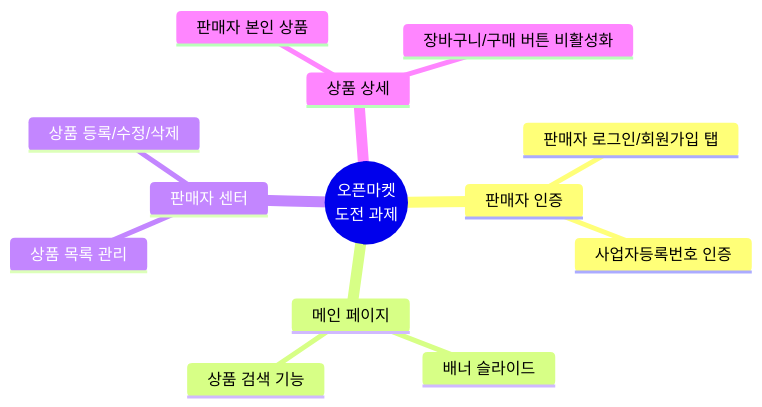
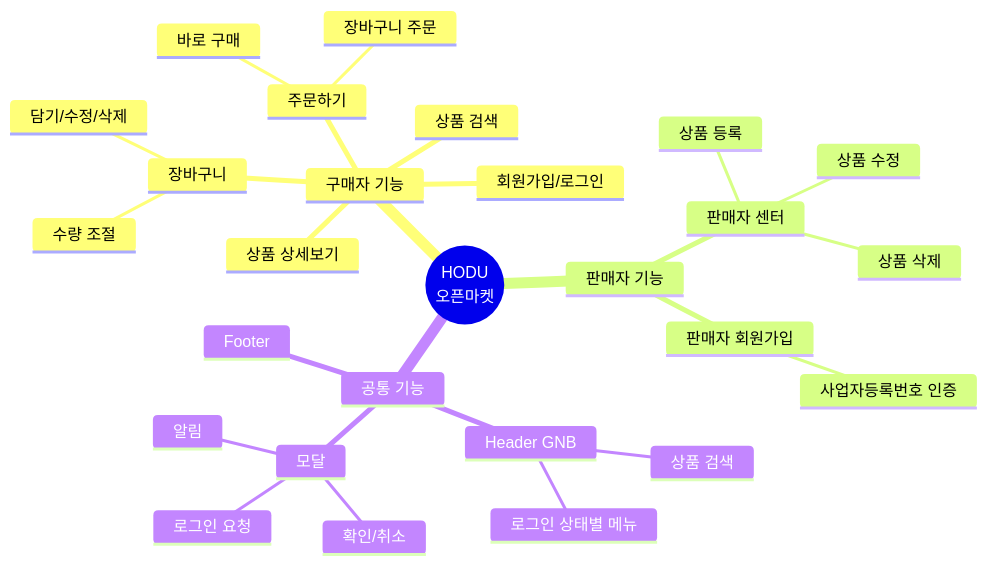
Before and after one commit to Open-Learn-Team/open-market: the first of 11 diagrams in README.md, drawn with Mermaid. The commit also changed other lines of this file and 19 other files, not shown here.

````diff
--- a/README.md
+++ b/README.md
@@ -163,16 +143,30 @@
 ```mermaid
 mindmap
-  root((오픈마켓<br>도전 과제))
-    판매자 인증
-      판매자 로그인/회원가입 탭
-      사업자등록번호 인증
-    메인 페이지
-      배너 슬라이드
-      상품 검색 기능
-    판매자 센터
-      상품 목록 관리
-      상품 등록/수정/삭제
-    상품 상세
-      판매자 본인 상품
-      장바구니/구매 버튼 비활성화
+  root((HODU<br>오픈마켓))
+    구매자 기능
+      회원가입/로그인
+      상품 검색
+      상품 상세보기
+      장바구니
+        담기/수정/삭제
+        수량 조절
+      주문하기
+        바로 구매
+        장바구니 주문
+    판매자 기능
+      판매자 회원가입
+        사업자등록번호 인증
+      판매자 센터
+        상품 등록
+        상품 수정
+        상품 삭제
+    공통 기능
+      Header GNB
+        로그인 상태별 메뉴
+        상품 검색
+      Footer
+      모달
+        로그인 요청
+        확인/취소
+        알림
 ```
````
